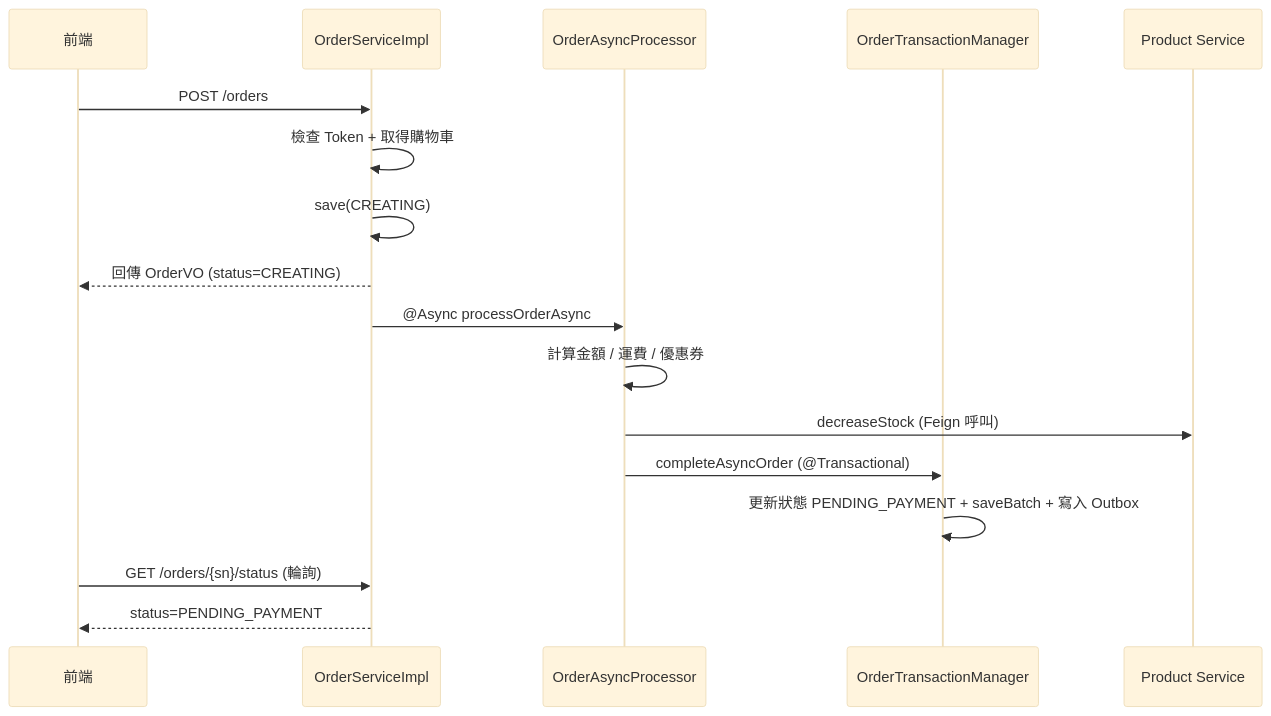
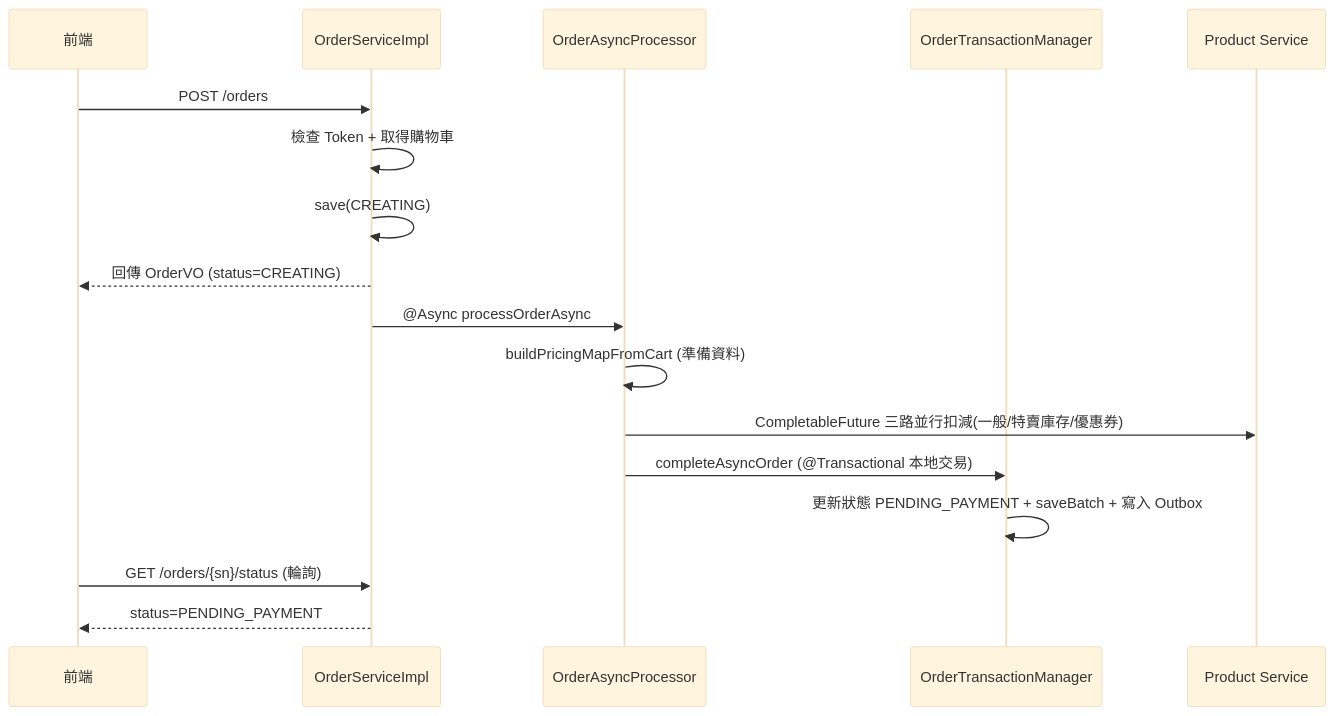
One commit to IsAliveQwQ/Nameless-Mall changed the third of 3 diagrams in README.md. Above: the diagram before and after it, drawn with Mermaid (base theme). The commit also changed other lines of this file and 10 other files, not shown here.

````diff
--- a/README.md
+++ b/README.md
@@ -273,20 +287,20 @@
 ```mermaid
 sequenceDiagram
     participant C as 前端
     participant S as OrderServiceImpl
     participant A as OrderAsyncProcessor
     participant T as OrderTransactionManager
     participant P as Product Service
 
     C->>S: POST /orders
     S->>S: 檢查 Token + 取得購物車
     S->>S: save(CREATING)
     S-->>C: 回傳 OrderVO (status=CREATING)
     S->>A: @Async processOrderAsync
-    A->>A: 計算金額 / 運費 / 優惠券
-    A->>P: decreaseStock (Feign 呼叫)
-    A->>T: completeAsyncOrder (@Transactional)
+    A->>A: buildPricingMapFromCart (準備資料)
+    A->>P: CompletableFuture 三路並行扣減(一般/特賣庫存/優惠券)
+    A->>T: completeAsyncOrder (@Transactional 本地交易)
     T->>T: 更新狀態 PENDING_PAYMENT + saveBatch + 寫入 Outbox
     C->>S: GET /orders/{sn}/status (輪詢)
     S-->>C: status=PENDING_PAYMENT
 ```
````
